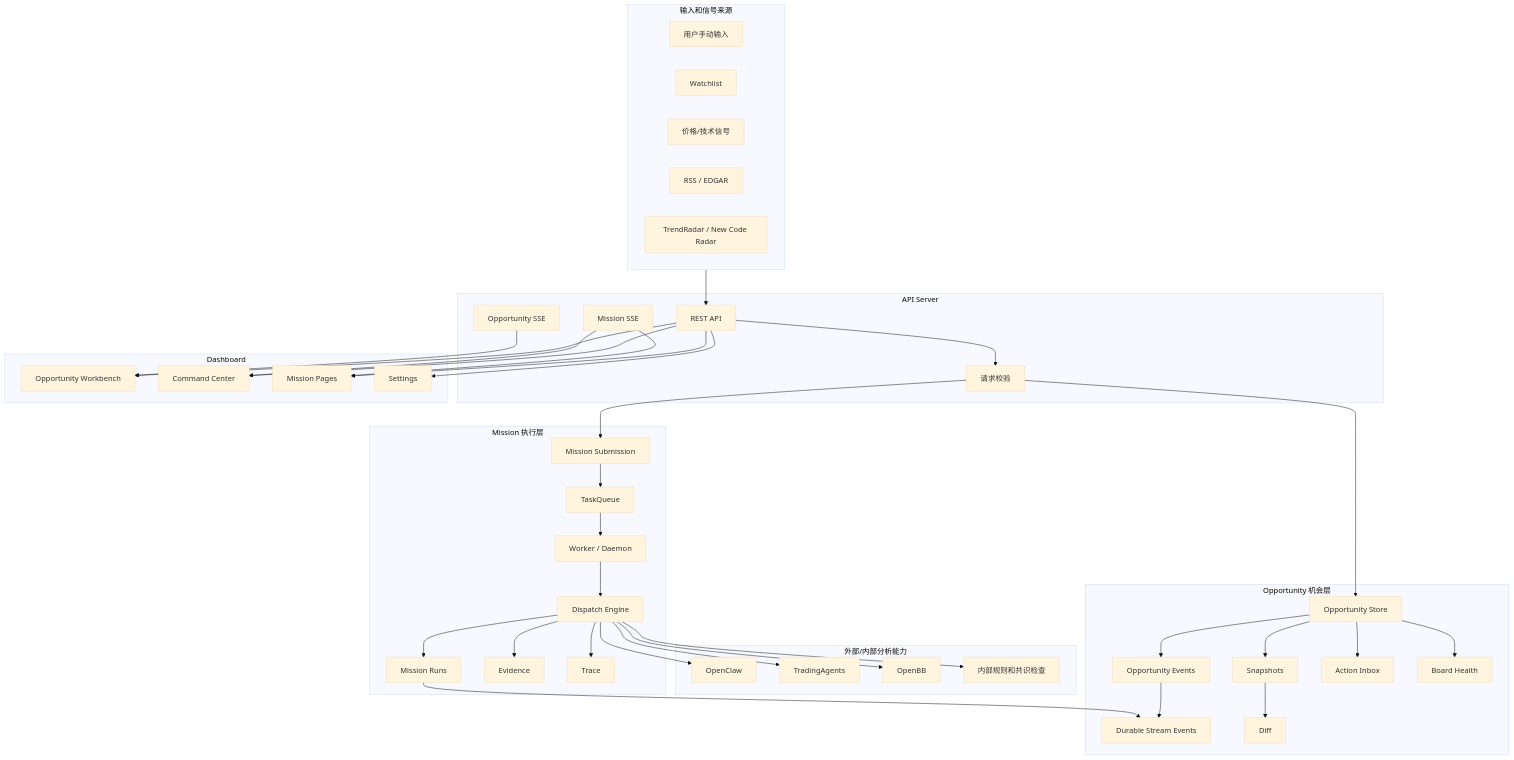
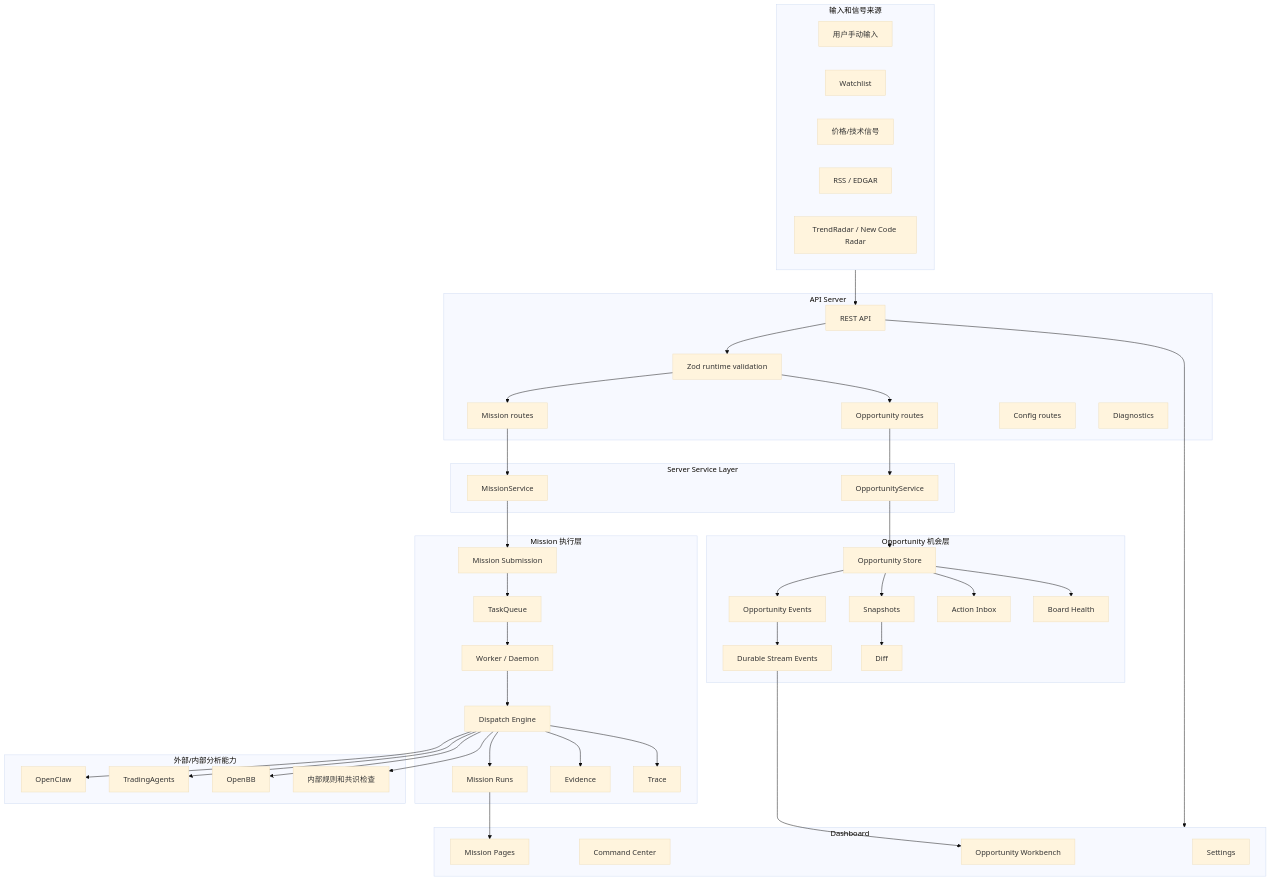
Before and after one commit to adidasNMD/AIAnalysisStock: the first of 6 diagrams in README.md, drawn with Mermaid (base theme). The commit also changed other lines of this file and 64 other files, not shown here.

Commit message:
Harden opportunity runtime maturity

````diff
--- a/README.md
+++ b/README.md
@@ -237,9 +255,16 @@
 
   subgraph API["API Server"]
     REST["REST API"]
-    Validation["请求校验"]
-    MissionStream["Mission SSE"]
-    OpportunityStream["Opportunity SSE"]
+    Validation["Zod runtime validation"]
+    MissionRoute["Mission routes"]
+    OpportunityRoute["Opportunity routes"]
+    ConfigRoute["Config routes"]
+    Diagnostics["Diagnostics"]
+  end
+
+  subgraph Services["Server Service Layer"]
+    MissionService["MissionService"]
+    OpportunityService["OpportunityService"]
   end
 
   subgraph Runtime["Mission 执行层"]
@@ -261,7 +286,7 @@
 
   subgraph OpportunityOS["Opportunity 机会层"]
     OppStore["Opportunity Store"]
-    Events["Opportunity Events"]
+    OppEvents["Opportunity Events"]
     StreamEvents["Durable Stream Events"]
     Snapshots["Snapshots"]
     Diff["Diff"]
@@ -278,8 +303,12 @@
 
   Inputs --> REST
   REST --> Validation
-  Validation --> Submission
-  Validation --> OppStore
+  Validation --> MissionRoute
+  Validation --> OpportunityRoute
+  MissionRoute --> MissionService
+  OpportunityRoute --> OpportunityService
+  MissionService --> Submission
+  OpportunityService --> OppStore
 
   Submission --> Queue
   Queue --> Worker
@@ -292,19 +321,14 @@
   Dispatch --> Evidence
   Dispatch --> Trace
 
-  OppStore --> Events
-  Events --> StreamEvents
+  OppStore --> OppEvents
+  OppEvents --> StreamEvents
   OppStore --> Snapshots
   Snapshots --> Diff
   OppStore --> Inbox
   OppStore --> BoardHealth
-  Runs --> StreamEvents
 
-  REST --> Workbench
-  REST --> Command
-  REST --> MissionPages
-  REST --> Settings
-  OpportunityStream --> Workbench
-  MissionStream --> Command
-  MissionStream --> MissionPages
+  REST --> UI
+  StreamEvents --> Workbench
+  Runs --> MissionPages
 ```
````
